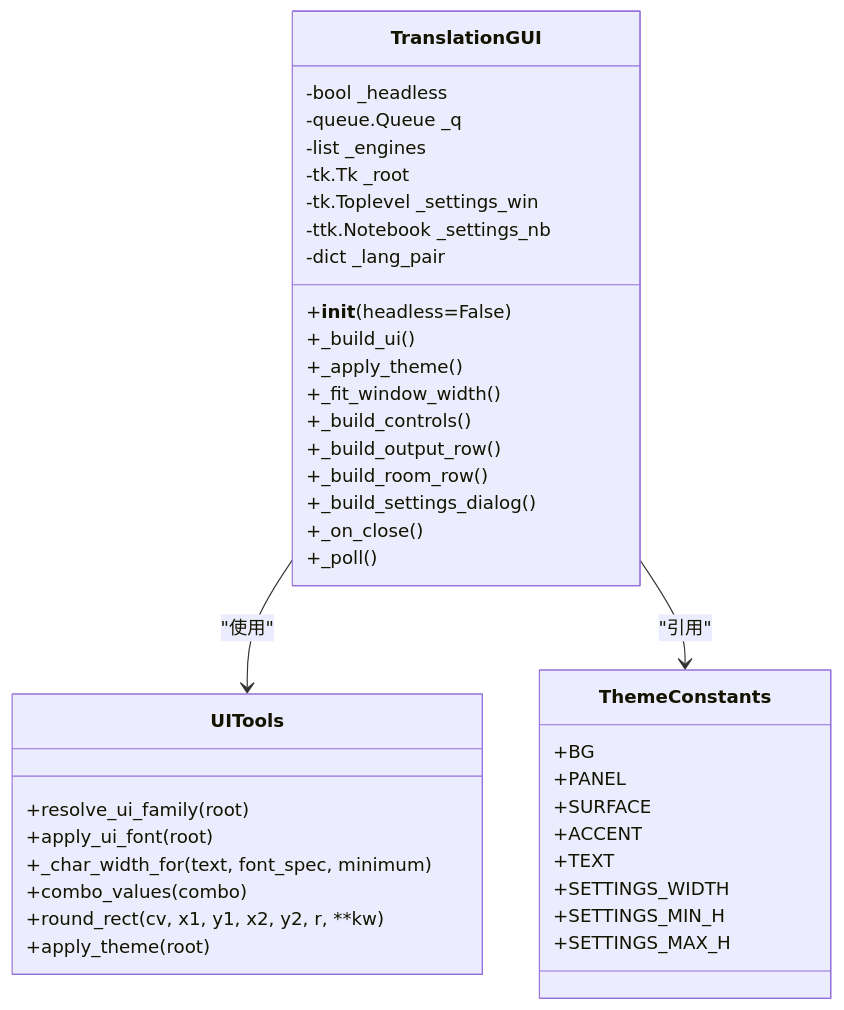
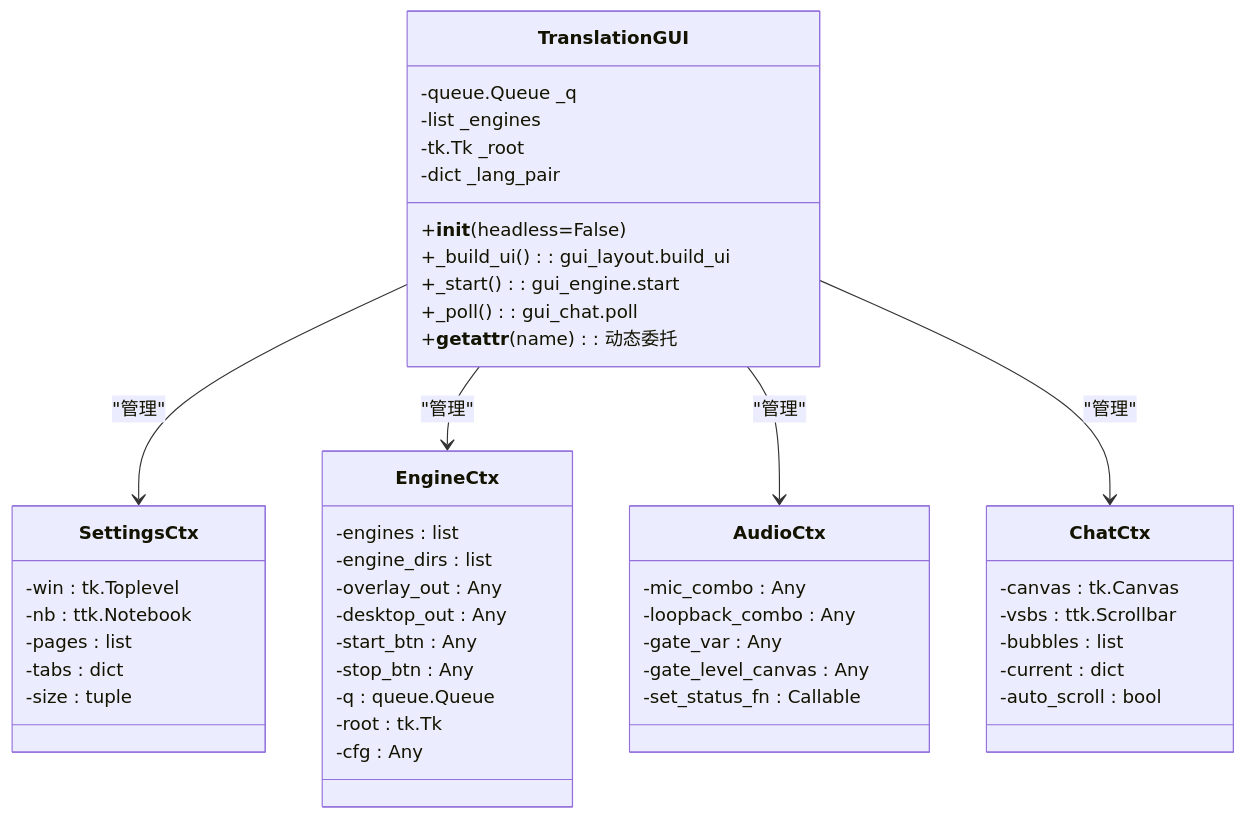
The second of 7 diagrams in .qoder/repowiki/zh/content/图形用户界面/Tkinter 界面架构.md (EMeowAGENT/vrchat-livetranslate), drawn with Mermaid before and after one commit. The commit also changed other lines of this file and 75 other files, not shown here.

````diff
--- a/.qoder/repowiki/zh/content/图形用户界面/Tkinter 界面架构.md
+++ b/.qoder/repowiki/zh/content/图形用户界面/Tkinter 界面架构.md
@@ -93,42 +118,50 @@
 ```mermaid
 classDiagram
 class TranslationGUI {
--bool _headless
 -queue.Queue _q
 -list _engines
 -tk.Tk _root
--tk.Toplevel _settings_win
--ttk.Notebook _settings_nb
 -dict _lang_pair
 +__init__(headless=False)
-+_build_ui()
-+_apply_theme()
-+_fit_window_width()
-+_build_controls()
-+_build_output_row()
-+_build_room_row()
-+_build_settings_dialog()
-+_on_close()
-+_poll()
++_build_ui() : gui_layout.build_ui
++_start() : gui_engine.start
++_poll() : gui_chat.poll
++__getattr__(name) : 动态委托
 }
-class UITools {
-+resolve_ui_family(root)
-+apply_ui_font(root)
-+_char_width_for(text, font_spec, minimum)
-+combo_values(combo)
-+round_rect(cv, x1, y1, x2, y2, r, **kw)
-+apply_theme(root)
+class SettingsCtx {
+-win : tk.Toplevel
+-nb : ttk.Notebook
+-pages : list
+-tabs : dict
+-size : tuple
 }
-class ThemeConstants {
-+BG
-+PANEL
-+SURFACE
-+ACCENT
-+TEXT
-+SETTINGS_WIDTH
-+SETTINGS_MIN_H
-+SETTINGS_MAX_H
+class EngineCtx {
+-engines : list
+-engine_dirs : list
+-overlay_out : Any
+-desktop_out : Any
+-start_btn : Any
+-stop_btn : Any
+-q : queue.Queue
+-root : tk.Tk
+-cfg : Any
 }
-TranslationGUI --> UITools : "使用"
-TranslationGUI --> ThemeConstants : "引用"
+class AudioCtx {
+-mic_combo : Any
+-loopback_combo : Any
+-gate_var : Any
+-gate_level_canvas : Any
+-set_status_fn : Callable
+}
+class ChatCtx {
+-canvas : tk.Canvas
+-vsbs : ttk.Scrollbar
+-bubbles : list
+-current : dict
+-auto_scroll : bool
+}
+TranslationGUI --> SettingsCtx : "管理"
+TranslationGUI --> EngineCtx : "管理"
+TranslationGUI --> AudioCtx : "管理"
+TranslationGUI --> ChatCtx : "管理"
 ```
````
